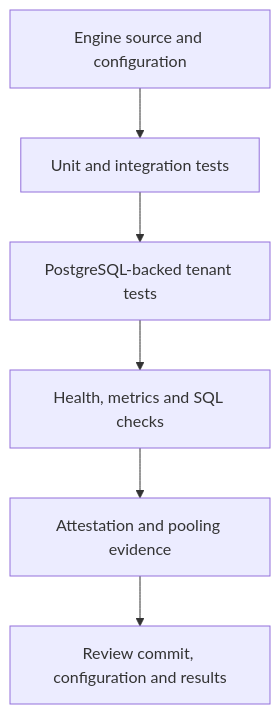
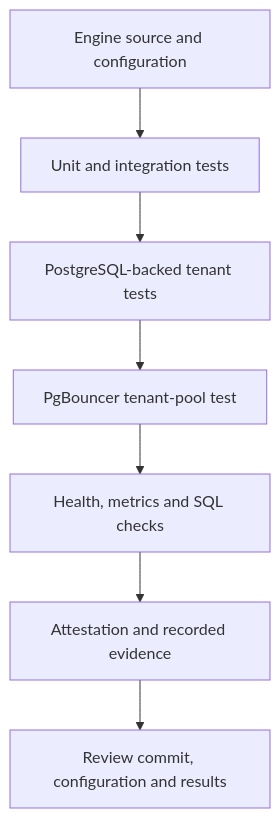
Before and after one commit to Agata-Proxima/proxima-engine: the diagram in docs/VERIFICATION.md, drawn with Mermaid. The commit also changed other lines of this file, not shown here.

Commit message:
Document automated PgBouncer pool-isolation verification in CI

````diff
--- a/docs/VERIFICATION.md
+++ b/docs/VERIFICATION.md
@@ -7,8 +7,9 @@
 ```mermaid
 flowchart TD
   Source[Engine source and configuration] --> Rust[Unit and integration tests]
   Rust --> PG[PostgreSQL-backed tenant tests]
-  PG --> Runtime[Health, metrics and SQL checks]
-  Runtime --> Evidence[Attestation and pooling evidence]
+  PG --> Pool[PgBouncer tenant-pool test]
+  Pool --> Runtime[Health, metrics and SQL checks]
+  Runtime --> Evidence[Attestation and recorded evidence]
   Evidence --> Review[Review commit, configuration and results]
 ```
````
